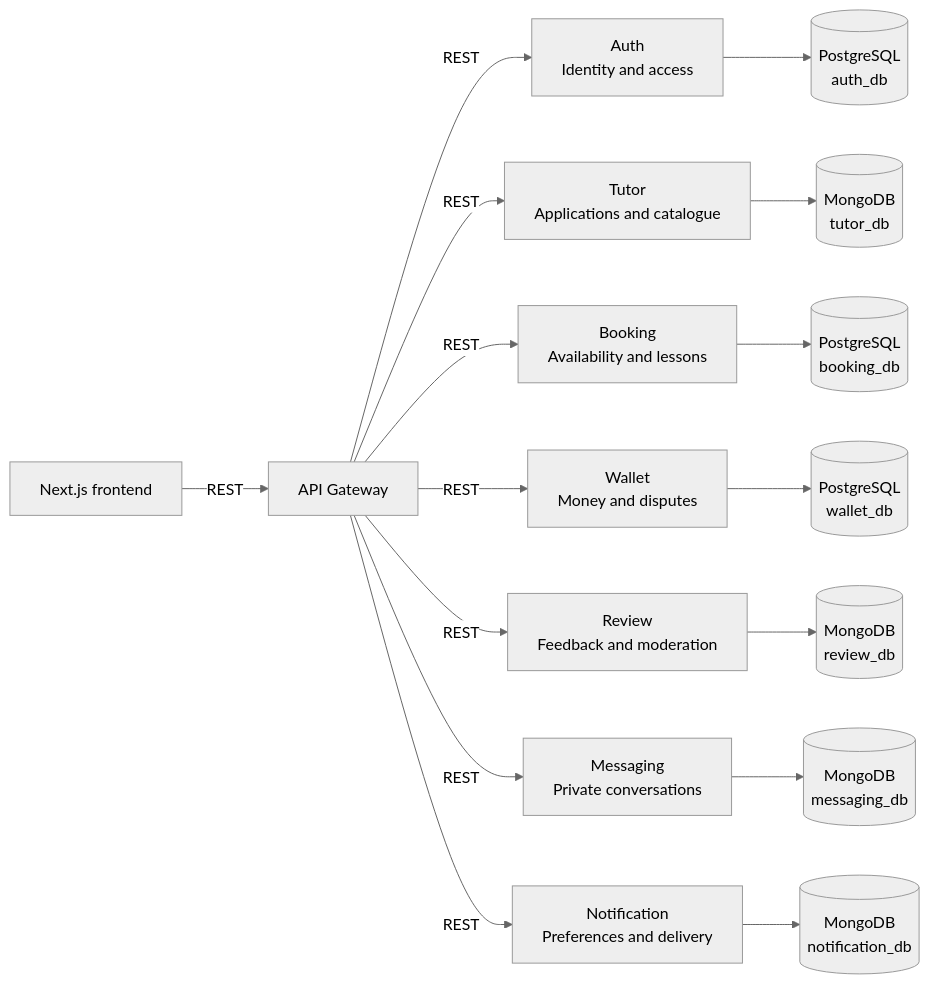
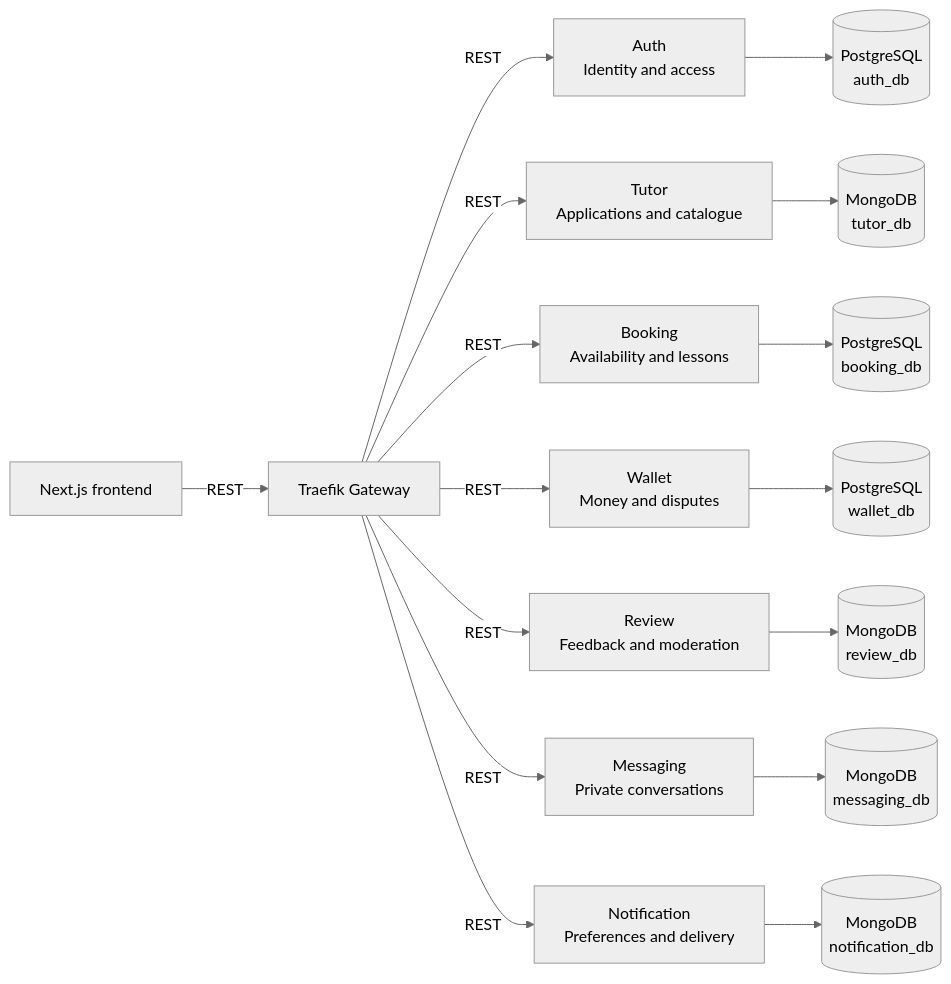
The second of 7 diagrams in docs/system-design.md (Azther0z/tutor-matcher-microservice), drawn with Mermaid (neutral theme) before and after one commit. The commit also changed other lines of this file and 42 other files, not shown here.

Commit message:
feat(gateway): replace express and consul with traefik

````diff
--- a/docs/system-design.md
+++ b/docs/system-design.md
@@ -54,18 +54,18 @@
 ```mermaid
 flowchart LR
-    Web["Next.js frontend"] -->|REST| Gateway["API Gateway"]
+    Web["Next.js frontend"] -->|REST| Gateway["Traefik Gateway"]
     Gateway -->|REST| Auth["Auth\nIdentity and access"]
     Gateway -->|REST| Tutor["Tutor\nApplications and catalogue"]
     Gateway -->|REST| Booking["Booking\nAvailability and lessons"]
     Gateway -->|REST| Wallet["Wallet\nMoney and disputes"]
     Gateway -->|REST| Review["Review\nFeedback and moderation"]
     Gateway -->|REST| Messaging["Messaging\nPrivate conversations"]
     Gateway -->|REST| Notification["Notification\nPreferences and delivery"]
     Auth --> AuthDB[("PostgreSQL\nauth_db")]
     Tutor --> TutorDB[("MongoDB\ntutor_db")]
     Booking --> BookingDB[("PostgreSQL\nbooking_db")]
     Wallet --> WalletDB[("PostgreSQL\nwallet_db")]
     Review --> ReviewDB[("MongoDB\nreview_db")]
     Messaging --> MessagingDB[("MongoDB\nmessaging_db")]
     Notification --> NotificationDB[("MongoDB\nnotification_db")]
 ```
````
